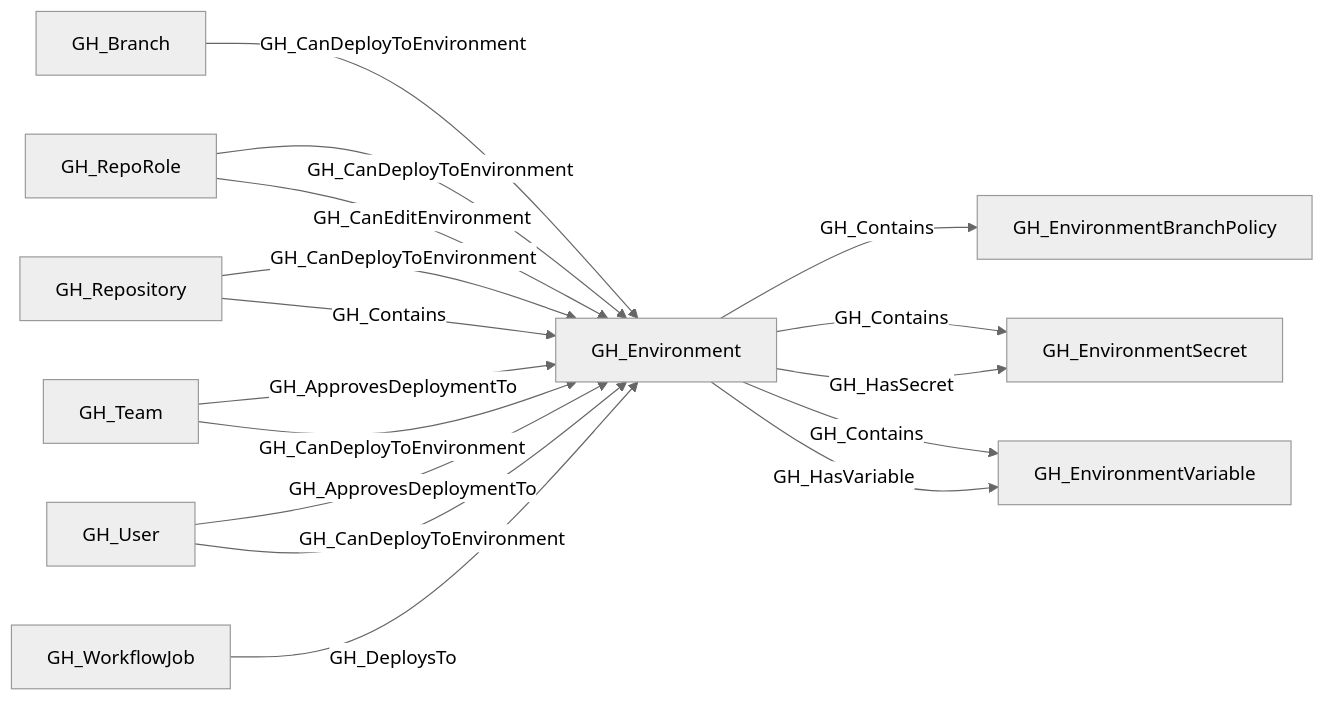
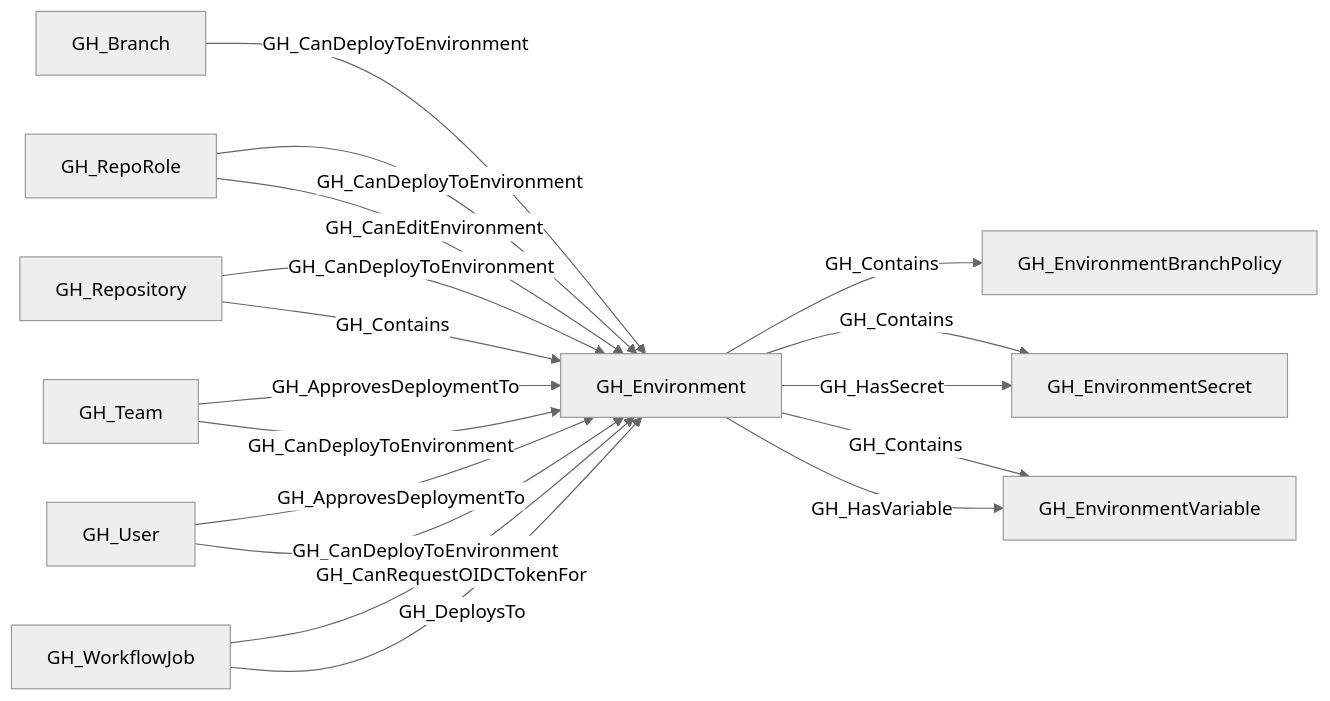
One commit to SpecterOps/bloodhound-docs changed the second of 2 diagrams in docs/opengraph/extensions/github/nodes/gh_environment.mdx. Above: the diagram before and after it, drawn with Mermaid (neutral theme). The commit also changed other lines of this file and 33 other files, not shown here.

````diff
--- a/docs/opengraph/extensions/github/nodes/gh_environment.mdx
+++ b/docs/opengraph/extensions/github/nodes/gh_environment.mdx
@@ -74,29 +76,30 @@
 ```mermaid
 flowchart LR
 
     GH_Branch["GH_Branch"]
     GH_Environment["GH_Environment"]
     GH_EnvironmentBranchPolicy["GH_EnvironmentBranchPolicy"]
     GH_EnvironmentSecret["GH_EnvironmentSecret"]
     GH_EnvironmentVariable["GH_EnvironmentVariable"]
     GH_RepoRole["GH_RepoRole"]
     GH_Repository["GH_Repository"]
     GH_Team["GH_Team"]
     GH_User["GH_User"]
     GH_WorkflowJob["GH_WorkflowJob"]
     GH_Branch -- GH_CanDeployToEnvironment --> GH_Environment
     GH_Environment -- GH_Contains --> GH_EnvironmentBranchPolicy
     GH_Environment -- GH_Contains --> GH_EnvironmentSecret
     GH_Environment -- GH_Contains --> GH_EnvironmentVariable
     GH_Environment -- GH_HasSecret --> GH_EnvironmentSecret
     GH_Environment -- GH_HasVariable --> GH_EnvironmentVariable
     GH_RepoRole -- GH_CanDeployToEnvironment --> GH_Environment
     GH_RepoRole -- GH_CanEditEnvironment --> GH_Environment
     GH_Repository -- GH_CanDeployToEnvironment --> GH_Environment
     GH_Repository -- GH_Contains --> GH_Environment
     GH_Team -- GH_ApprovesDeploymentTo --> GH_Environment
     GH_Team -- GH_CanDeployToEnvironment --> GH_Environment
     GH_User -- GH_ApprovesDeploymentTo --> GH_Environment
     GH_User -- GH_CanDeployToEnvironment --> GH_Environment
+    GH_WorkflowJob -- GH_CanRequestOIDCTokenFor --> GH_Environment
     GH_WorkflowJob -- GH_DeploysTo --> GH_Environment
 ```
````
